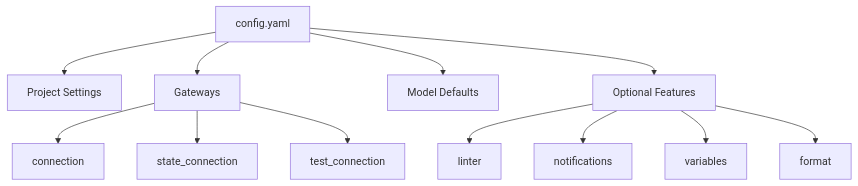
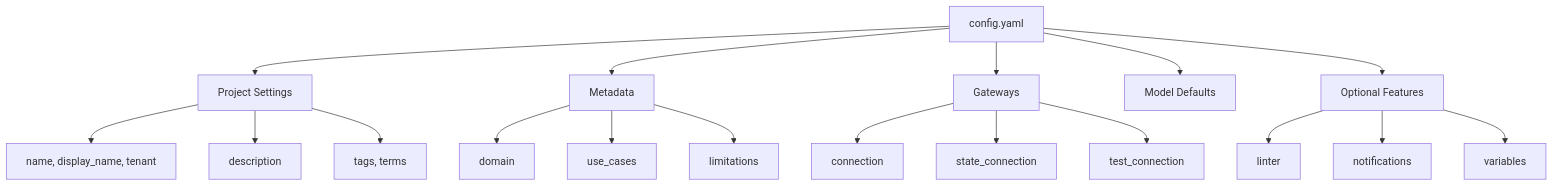
The diagram in docs/configurations/overview.md (tmdc-io/vulcan-book), drawn with Mermaid before and after one commit. The commit also changed other lines of this file and 15 other files, not shown here.

Commit message:
Removed proxy section from Semantics, updated tags, terms, column tags, column terms, display name with code and definition across docs wherever relevant

````diff
--- a/docs/configurations/overview.md
+++ b/docs/configurations/overview.md
@@ -60,15 +85,21 @@
 ```mermaid
 graph TB
     Config[config.yaml]
     Config --> Project[Project Settings]
+    Config --> Metadata[Metadata]
     Config --> Gateways[Gateways]
     Config --> ModelDefaults[Model Defaults]
     Config --> Options[Optional Features]
+    Project --> Name[name, display_name, tenant]
+    Project --> Desc[description]
+    Project --> Tags[tags, terms]
+    Metadata --> Domain[domain]
+    Metadata --> UseCases[use_cases]
+    Metadata --> Limitations[limitations]
     Gateways --> Connection[connection]
     Gateways --> StateConn[state_connection]
     Gateways --> TestConn[test_connection]
     Options --> Linter[linter]
     Options --> Notifications[notifications]
     Options --> Variables[variables]
-    Options --> Format[format]
 ```
````
